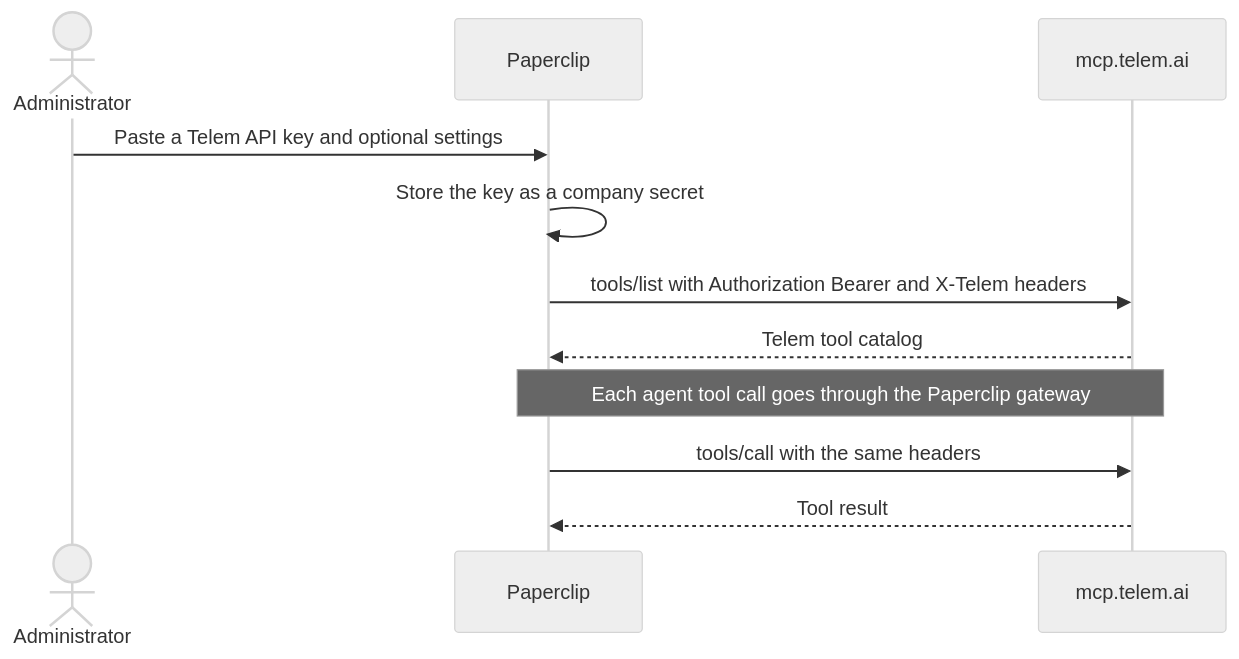
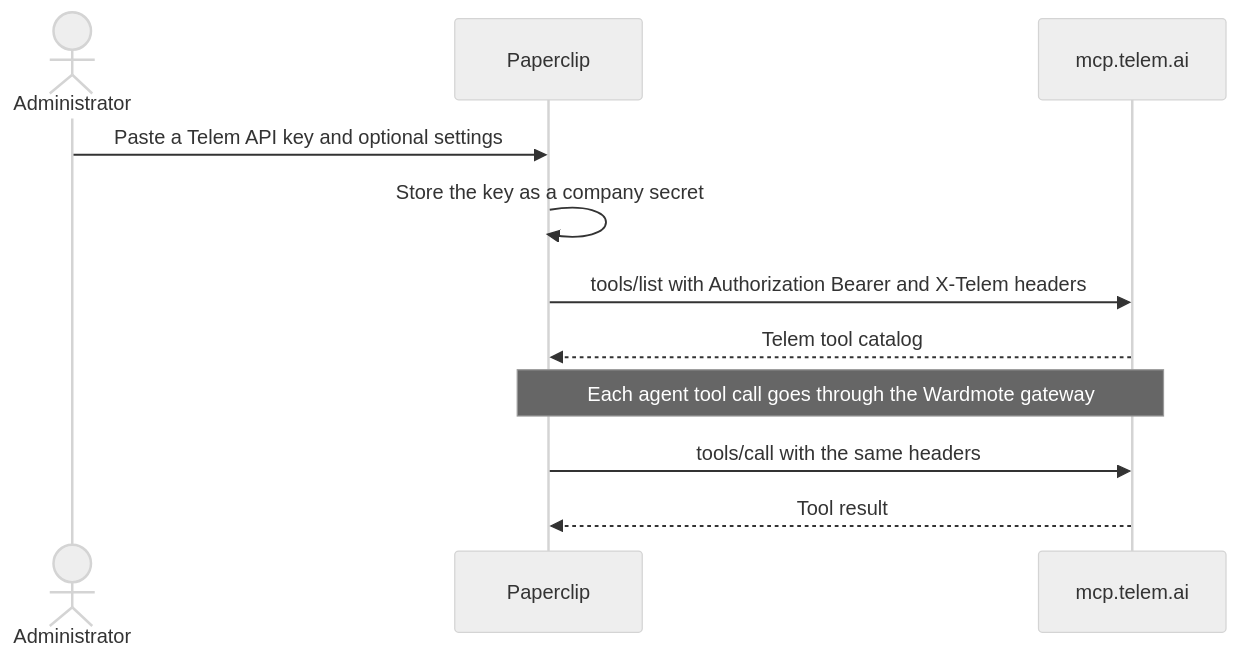
One commit to tickernelz/paperclip-pro changed the diagram in doc/connections/TELEM.md. Above: the diagram before and after it, drawn with Mermaid (neutral theme). The commit also changed other lines of this file and 217 other files, not shown here.

````diff
--- a/doc/connections/TELEM.md
+++ b/doc/connections/TELEM.md
@@ -27,14 +27,14 @@
 ```mermaid
 sequenceDiagram
     actor A as Administrator
     participant P as Paperclip
     participant T as mcp.telem.ai
 
     A->>P: Paste a Telem API key and optional settings
     P->>P: Store the key as a company secret
     P->>T: tools/list with Authorization Bearer and X-Telem headers
     T-->>P: Telem tool catalog
-    Note over P,T: Each agent tool call goes through the Paperclip gateway
+    Note over P,T: Each agent tool call goes through the Wardmote gateway
     P->>T: tools/call with the same headers
     T-->>P: Tool result
 ```
````
